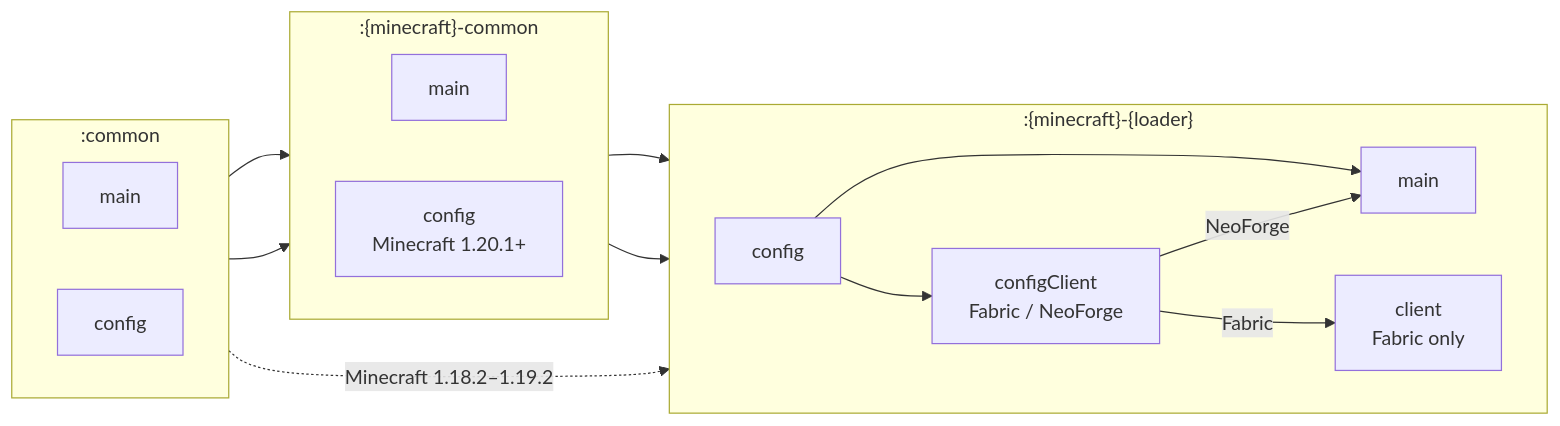
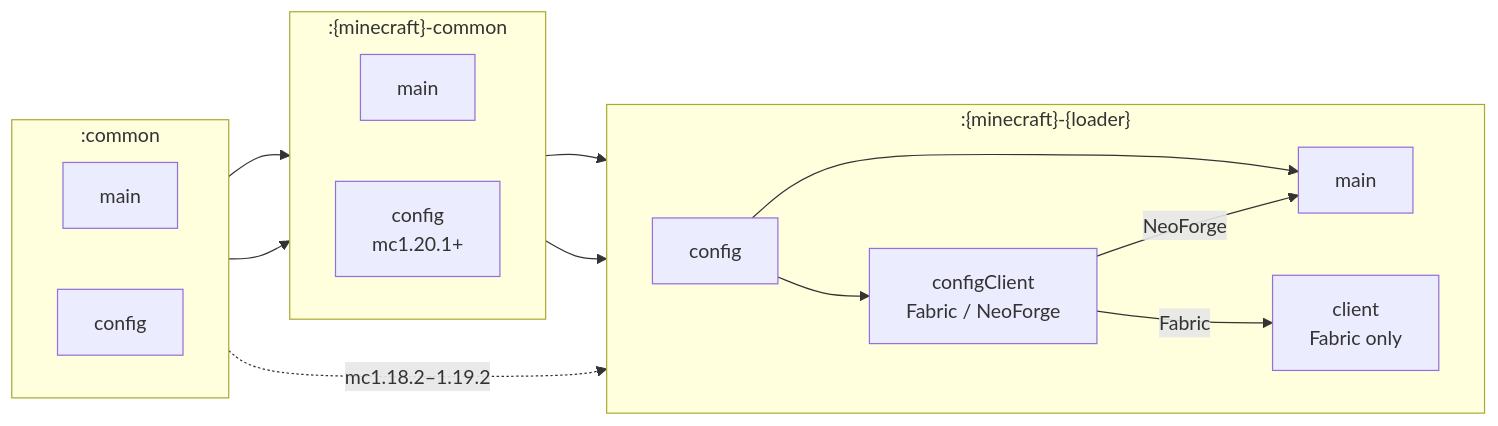
Before and after one commit to Meatwo310/custom-mdk: the second of 2 diagrams in docs/README.md, drawn with Mermaid. The commit also changed other lines of this file, not shown here.

Commit message:
mdk(wip): insert image of mermaid

````diff
--- a/docs/README.md
+++ b/docs/README.md
@@ -170,32 +182,32 @@
 ```mermaid
 flowchart LR
     subgraph shared[":common"]
         direction LR
         sharedMain["main"]
         sharedConfig["config"]
     end
 
     subgraph version[":{minecraft}-common"]
         direction LR
         versionMain["main"]
-        versionConfig["config<br/>Minecraft 1.20.1+"]
+        versionConfig["config<br/>mc1.20.1+"]
     end
 
     subgraph loader[":{minecraft}-{loader}"]
         direction LR
         loaderMain["main"]
         loaderConfig["config"]
         configClient["configClient<br/>Fabric / NeoForge"]
         loaderClient["client<br/>Fabric only"]
     end
 
     sharedMain --> versionMain --> loaderMain
 
     sharedConfig --> versionConfig --> loaderConfig
-    sharedConfig -. "Minecraft 1.18.2–1.19.2" .-> loaderConfig
+    sharedConfig -. "mc1.18.2–1.19.2" .-> loaderConfig
 
     loaderConfig --> loaderMain
     loaderConfig --> configClient
     configClient -->|Fabric| loaderClient
     configClient -->|NeoForge| loaderMain
 ```
````
